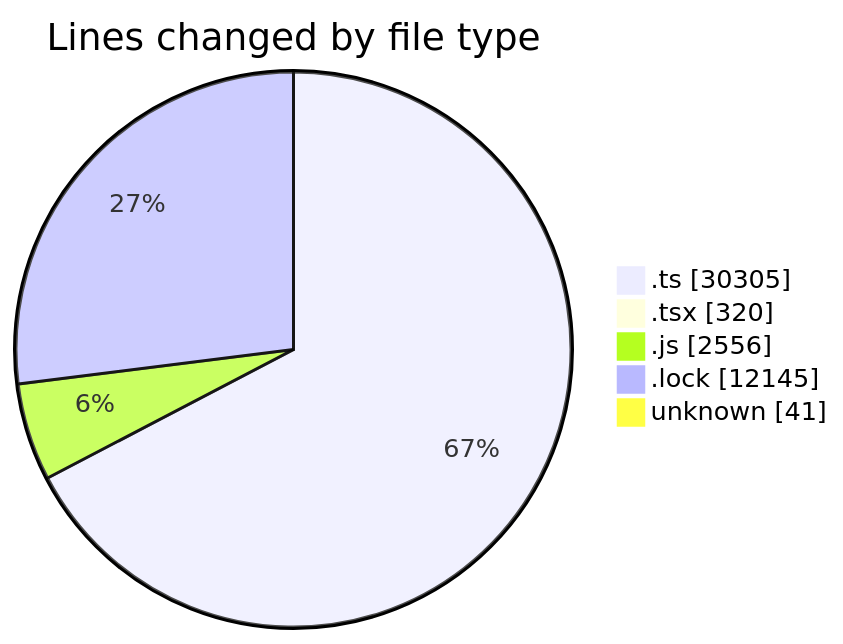
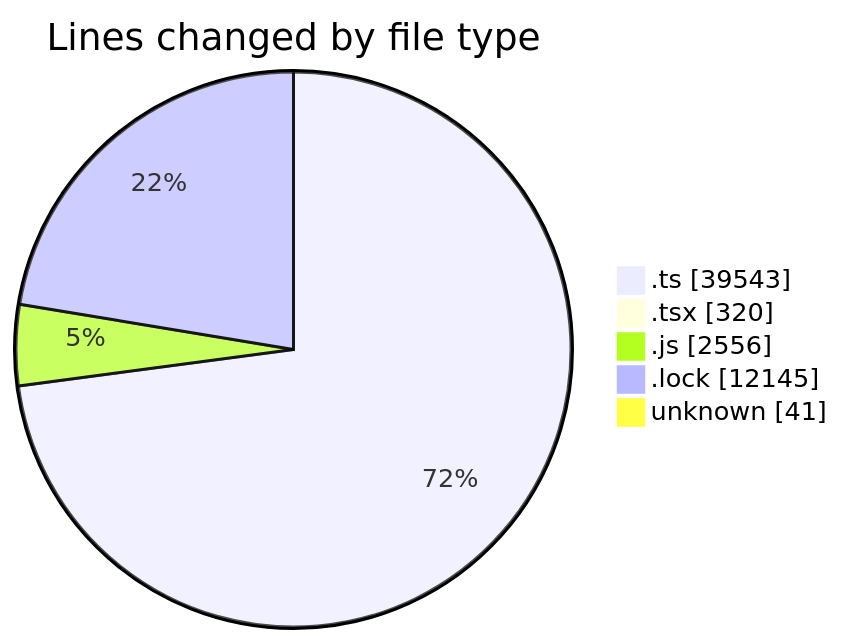
The first of 2 diagrams in 2025-08-13/cda/README.md (momahboobian/code-tracking), drawn with Mermaid before and after one commit. The commit also changed other lines of this file and 1 other file, not shown here.

````diff
--- a/2025-08-13/cda/README.md
+++ b/2025-08-13/cda/README.md
@@ -40,9 +41,9 @@
 ```mermaid
 pie showData
 title Lines changed by file type
-".ts" : 30305
+".ts" : 39543
 ".tsx" : 320
 ".js" : 2556
 ".lock" : 12145
 "unknown" : 41
 ```
````
